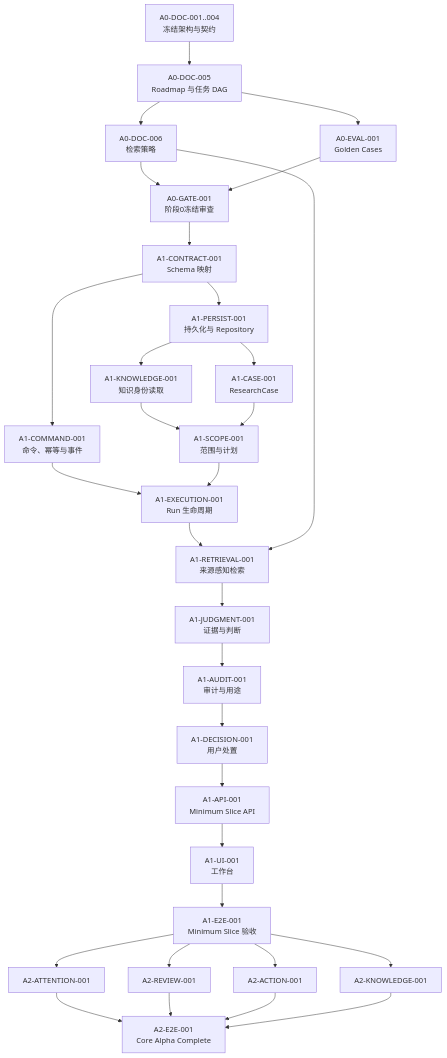
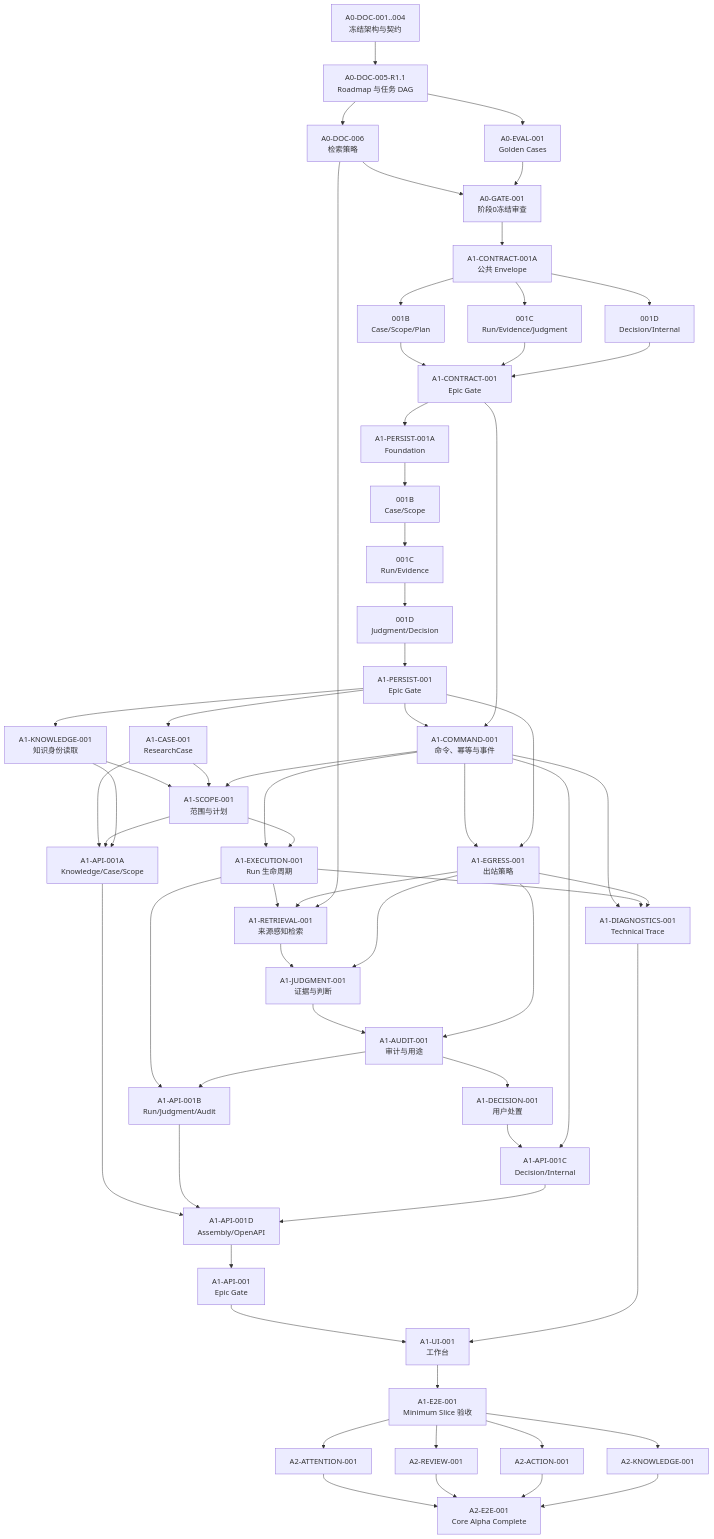
Before and after one commit to baijianqing/yantie-history: the diagram in docs/TASK_INDEX.md, drawn with Mermaid. The commit also changed other lines of this file and 1 other file, not shown here.

Commit message:
docs: close roadmap dependency gaps

````diff
--- a/docs/TASK_INDEX.md
+++ b/docs/TASK_INDEX.md
@@ -21,35 +23,68 @@
 ```mermaid
 flowchart TB
-    D1["A0-DOC-001..004<br/>冻结架构与契约"] --> D5["A0-DOC-005<br/>Roadmap 与任务 DAG"]
+    D1["A0-DOC-001..004<br/>冻结架构与契约"] --> D5["A0-DOC-005-R1.1<br/>Roadmap 与任务 DAG"]
     D5 --> D6["A0-DOC-006<br/>检索策略"]
     D5 --> E0["A0-EVAL-001<br/>Golden Cases"]
     D6 --> G0["A0-GATE-001<br/>阶段0冻结审查"]
     E0 --> G0
 
-    G0 --> C1["A1-CONTRACT-001<br/>Schema 映射"]
-    C1 --> P1["A1-PERSIST-001<br/>持久化与 Repository"]
-    C1 --> M1["A1-COMMAND-001<br/>命令、幂等与事件"]
-    P1 --> K1["A1-KNOWLEDGE-001<br/>知识身份读取"]
-    P1 --> CA1["A1-CASE-001<br/>ResearchCase"]
+    G0 --> C1A["A1-CONTRACT-001A<br/>公共 Envelope"]
+    C1A --> C1B["001B<br/>Case/Scope/Plan"]
+    C1A --> C1C["001C<br/>Run/Evidence/Judgment"]
+    C1A --> C1D["001D<br/>Decision/Internal"]
+    C1B --> CG["A1-CONTRACT-001<br/>Epic Gate"]
+    C1C --> CG
+    C1D --> CG
+
+    CG --> P1A["A1-PERSIST-001A<br/>Foundation"]
+    P1A --> P1B["001B<br/>Case/Scope"]
+    P1B --> P1C["001C<br/>Run/Evidence"]
+    P1C --> P1D["001D<br/>Judgment/Decision"]
+    P1D --> PG["A1-PERSIST-001<br/>Epic Gate"]
+
+    PG --> M1["A1-COMMAND-001<br/>命令、幂等与事件"]
+    PG --> K1["A1-KNOWLEDGE-001<br/>知识身份读取"]
+    PG --> CA1["A1-CASE-001<br/>ResearchCase"]
+    CG --> M1
+    M1 --> EG1["A1-EGRESS-001<br/>出站策略"]
+    PG --> EG1
     K1 --> S1["A1-SCOPE-001<br/>范围与计划"]
     CA1 --> S1
+    M1 --> S1
     M1 --> X1["A1-EXECUTION-001<br/>Run 生命周期"]
     S1 --> X1
     X1 --> R1["A1-RETRIEVAL-001<br/>来源感知检索"]
+    EG1 --> R1
     D6 --> R1
     R1 --> J1["A1-JUDGMENT-001<br/>证据与判断"]
+    EG1 --> J1
     J1 --> A1["A1-AUDIT-001<br/>审计与用途"]
+    EG1 --> A1
     A1 --> DE1["A1-DECISION-001<br/>用户处置"]
-    DE1 --> API1["A1-API-001<br/>Minimum Slice API"]
-    API1 --> UI1["A1-UI-001<br/>工作台"]
+    CA1 --> API1A["A1-API-001A<br/>Knowledge/Case/Scope"]
+    S1 --> API1A
+    K1 --> API1A
+    X1 --> API1B["A1-API-001B<br/>Run/Judgment/Audit"]
+    A1 --> API1B
+    DE1 --> API1C["A1-API-001C<br/>Decision/Internal"]
+    M1 --> API1C
+    API1A --> API1D["A1-API-001D<br/>Assembly/OpenAPI"]
+    API1B --> API1D
+    API1C --> API1D
+    API1D --> APIG["A1-API-001<br/>Epic Gate"]
+    M1 --> DG1["A1-DIAGNOSTICS-001<br/>Technical Trace"]
+    X1 --> DG1
+    EG1 --> DG1
+    APIG --> UI1["A1-UI-001<br/>工作台"]
+    DG1 --> UI1
     UI1 --> E1["A1-E2E-001<br/>Minimum Slice 验收"]
 
     E1 --> AT2["A2-ATTENTION-001"]
     E1 --> RV2["A2-REVIEW-001"]
     E1 --> AC2["A2-ACTION-001"]
     E1 --> KC2["A2-KNOWLEDGE-001"]
     AT2 --> E2["A2-E2E-001<br/>Core Alpha Complete"]
     RV2 --> E2
     AC2 --> E2
     KC2 --> E2
 ```
````
